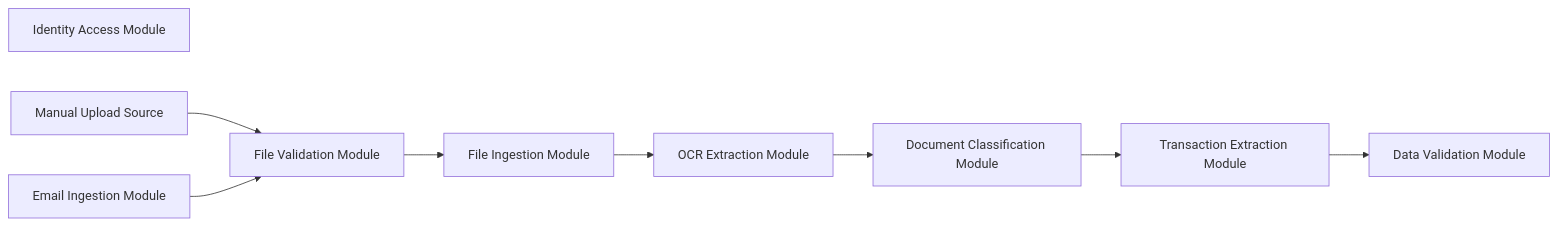
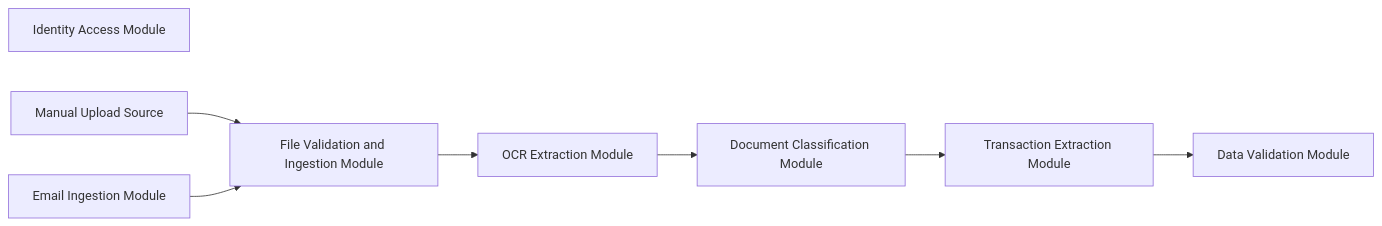
Before and after one commit to DodIlagan-cloud/000_Capstone: the diagram in docs/building-block-module-io-map.md, drawn with Mermaid. The commit also changed other lines of this file and 62 other files, not shown here.

Commit message:
Merge file validation and ingestion modules

````diff
--- a/docs/building-block-module-io-map.md
+++ b/docs/building-block-module-io-map.md
@@ -17,11 +17,10 @@
 ```mermaid
 flowchart LR
     Identity["Identity Access Module"]
-    UploadSource["Manual Upload Source"] --> FileValidation["File Validation Module"]
-    Email["Email Ingestion Module"] --> FileValidation
-    FileValidation --> FileIngestion["File Ingestion Module"]
-    FileIngestion --> OCR["OCR Extraction Module"]
+    UploadSource["Manual Upload Source"] --> FileIntake["File Validation and Ingestion Module"]
+    Email["Email Ingestion Module"] --> FileIntake
+    FileIntake --> OCR["OCR Extraction Module"]
     OCR --> Classification["Document Classification Module"]
     Classification --> TransactionExtraction["Transaction Extraction Module"]
     TransactionExtraction --> DataValidation["Data Validation Module"]
 ```
````
